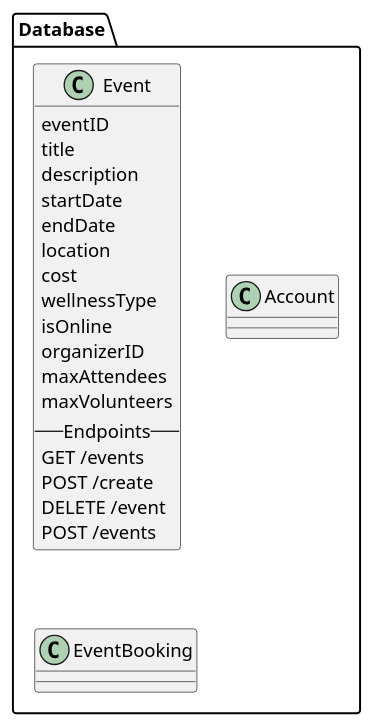
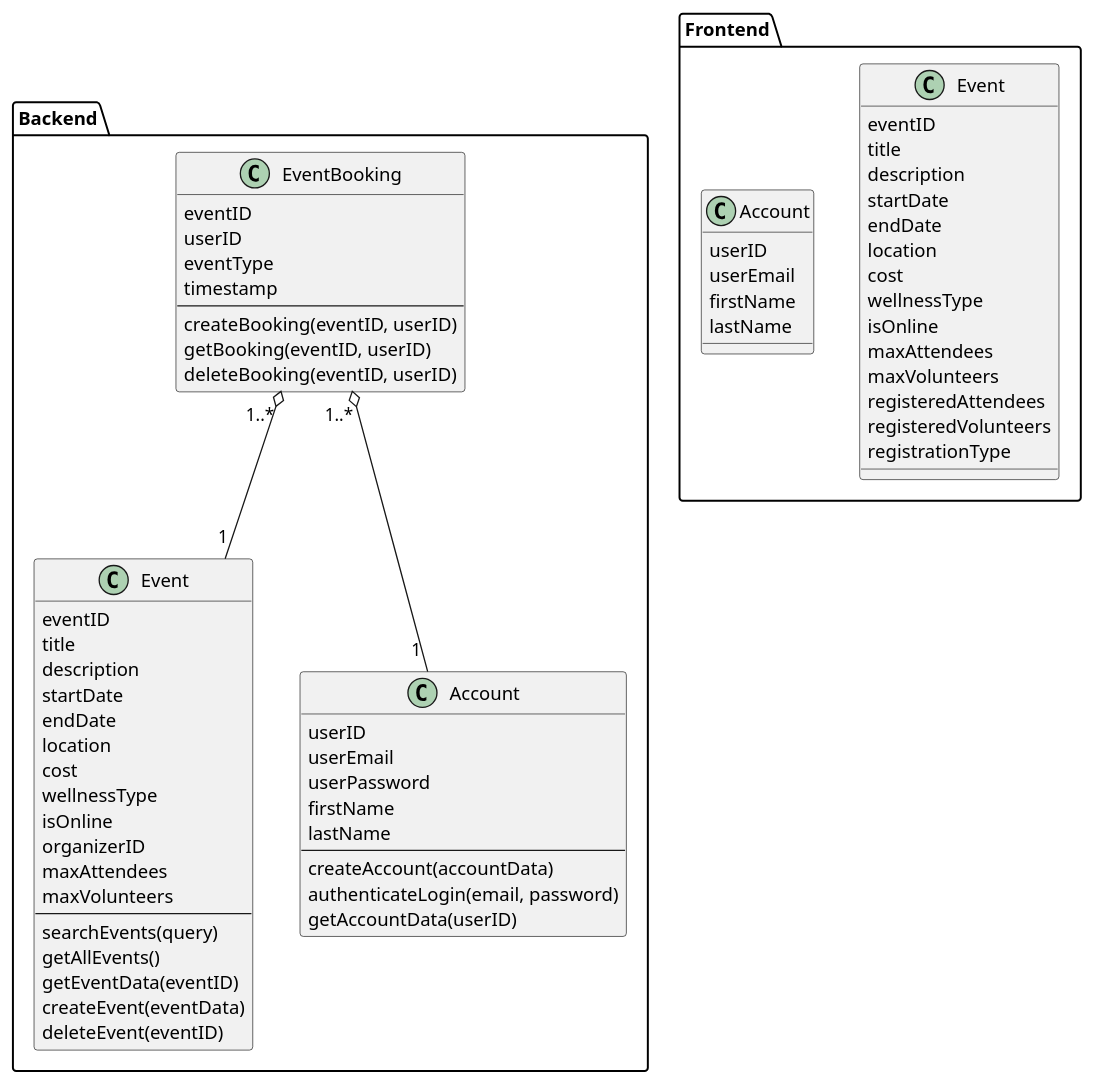
Before and after one commit to Wang-and-Co/Cis-3750-Project: the diagram in diagrams/classDiagrams.puml, drawn with PlantUML. The commit also changed 1 other file, not shown here.

Commit message:
Made diagrams

```diff
--- a/diagrams/classDiagrams.puml
+++ b/diagrams/classDiagrams.puml
@@ -1,26 +1,78 @@
 @startuml classDiagrams
 
-package Database {
+package Backend {
     class Event {
         eventID
         title
         description
         startDate
         endDate
         location
         cost
         wellnessType
         isOnline
         organizerID
         maxAttendees
         maxVolunteers
-        --Endpoints--
-        GET /events
-        POST /create
-        DELETE /event
-        POST /events
+        --
+        searchEvents(query)
+        getAllEvents()
+        getEventData(eventID)
+        createEvent(eventData)
+        deleteEvent(eventID)
     }
-    class Account
-    class EventBooking
+
+    class Account {
+        userID
+        userEmail
+        userPassword
+        firstName
+        lastName
+        --
+        createAccount(accountData)
+        authenticateLogin(email, password)
+        getAccountData(userID)
+    }
+
+    class EventBooking {
+        eventID
+        userID
+        eventType
+        timestamp
+        --
+        createBooking(eventID, userID)
+        getBooking(eventID, userID)
+        deleteBooking(eventID, userID)
+    }
+
+    EventBooking "\t\t1..*" o-- "\t\t1" Event
+    EventBooking "\t1..*" o-- "\t\t\t1" Account
+}
+
+package Frontend {
+
+    class Event {
+        eventID
+        title
+        description
+        startDate
+        endDate
+        location
+        cost
+        wellnessType
+        isOnline
+        maxAttendees
+        maxVolunteers
+        registeredAttendees
+        registeredVolunteers
+        registrationType
+    }
+
+    class Account {
+        userID
+        userEmail
+        firstName
+        lastName
+    }
 }
 @enduml
```
